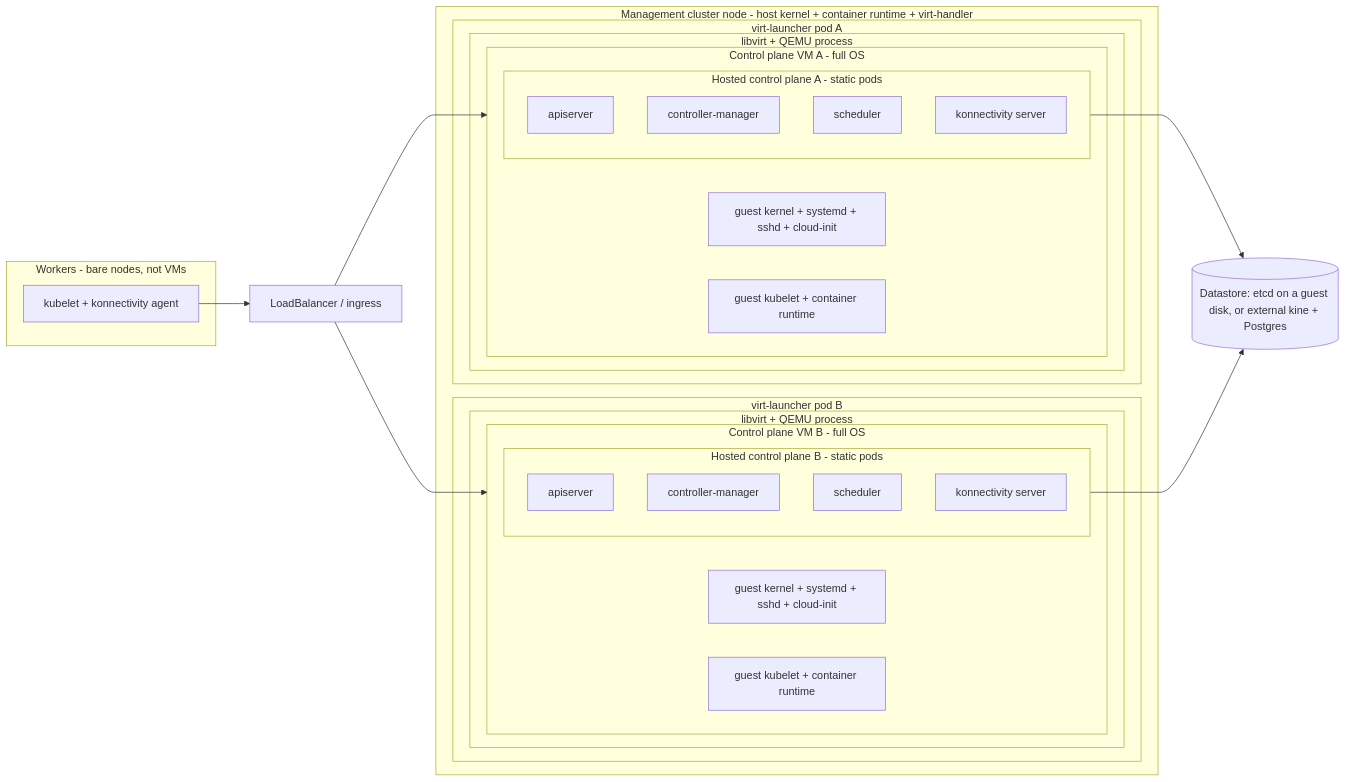
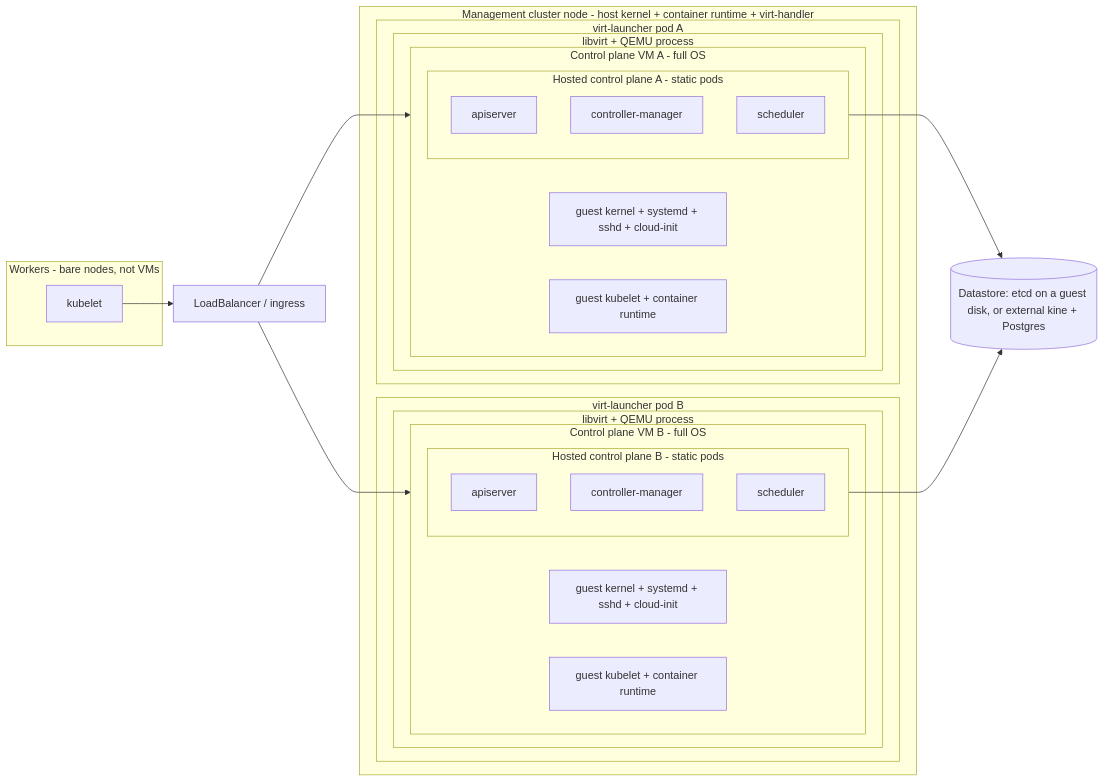
Before and after one commit to skeptomai/k3s-experiments: the sixth of 7 diagrams in docs/hosted-control-plane-isolation.md, drawn with Mermaid. The commit also changed other lines of this file and 1 other file, not shown here.

First line of the commit message:
docs: Konnectivity is optional in Kamaji; remove it from the Kata and KubeVirt design diagrams

````diff
--- a/docs/hosted-control-plane-isolation.md
+++ b/docs/hosted-control-plane-isolation.md
@@ -412,43 +412,41 @@
 ```mermaid
 flowchart LR
   subgraph WK["Workers - bare nodes, not VMs"]
-    kl["kubelet + konnectivity agent"]
+    kl["kubelet"]
   end
   LB["LoadBalancer / ingress"]
   subgraph MN["Management cluster node - host kernel + container runtime + virt-handler"]
     subgraph LA["virt-launcher pod A"]
       subgraph QA["libvirt + QEMU process"]
       subgraph GA["Control plane VM A - full OS"]
         os1["guest kernel + systemd + sshd + cloud-init"]
         kb1["guest kubelet + container runtime"]
         subgraph SA["Hosted control plane A - static pods"]
           a1["apiserver"]
           a2["controller-manager"]
           a3["scheduler"]
-          a4["konnectivity server"]
         end
       end
       end
     end
     subgraph LB2["virt-launcher pod B"]
       subgraph QB["libvirt + QEMU process"]
       subgraph GB["Control plane VM B - full OS"]
         os2["guest kernel + systemd + sshd + cloud-init"]
         kb2["guest kubelet + container runtime"]
         subgraph SB["Hosted control plane B - static pods"]
           b1["apiserver"]
           b2["controller-manager"]
           b3["scheduler"]
-          b4["konnectivity server"]
         end
       end
       end
     end
   end
   DS[("Datastore: etcd on a guest disk, or external kine + Postgres")]
   kl --> LB
   LB --> GA
   LB --> GB
   SA --> DS
   SB --> DS
 ```
````
